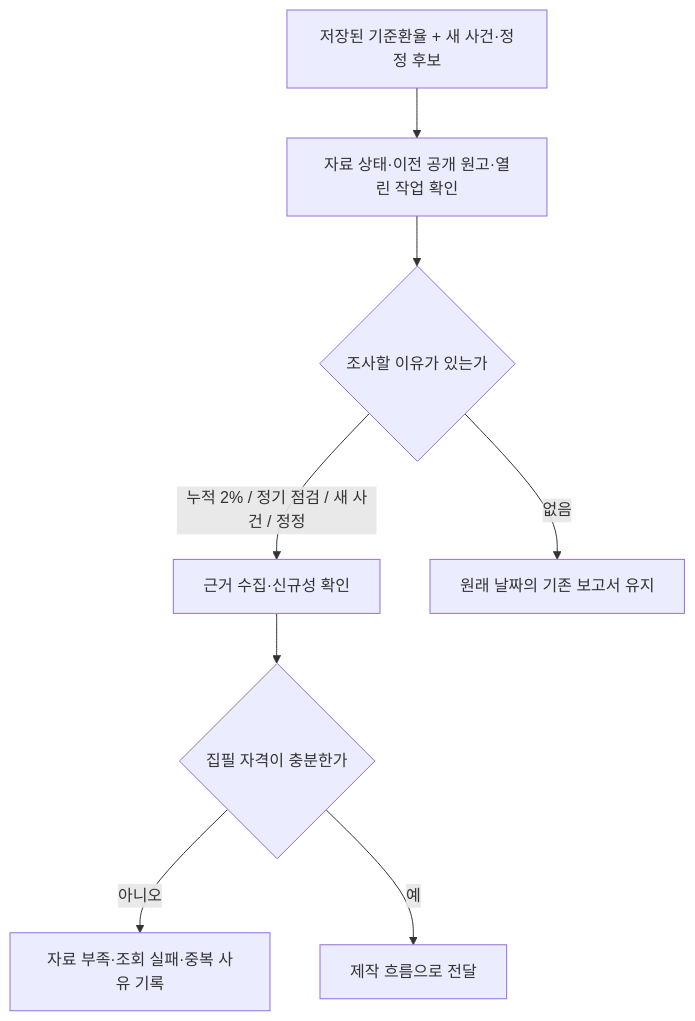
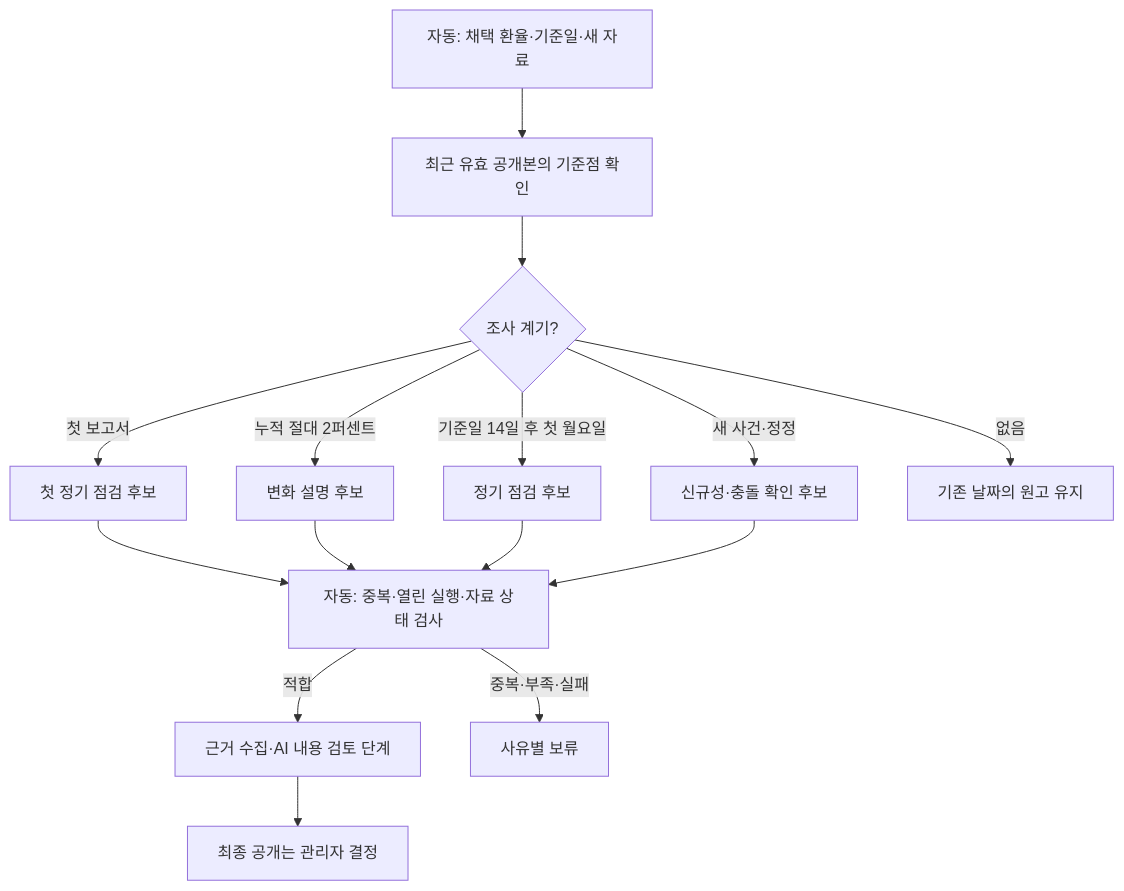
Before and after one commit to erleri/congenial-octo-garbanzo: the fourth of 6 diagrams in docs/guide/architecture.md, drawn with Mermaid. The commit also changed other lines of this file and 78 other files, not shown here.

````diff
--- a/docs/guide/architecture.md
+++ b/docs/guide/architecture.md
@@ -26,10 +93,22 @@
 ```mermaid
 flowchart TD
-  R[저장된 기준환율 + 새 사건·정정 후보] --> Q[자료 상태·이전 공개 원고·열린 작업 확인]
-  Q --> T{조사할 이유가 있는가}
-  T -->|누적 2% / 정기 점검 / 새 사건 / 정정| E[근거 수집·신규성 확인]
-  T -->|없음| K[원래 날짜의 기존 보고서 유지]
-  E --> G{집필 자격이 충분한가}
-  G -->|아니오| H[자료 부족·조회 실패·중복 사유 기록]
-  G -->|예| W[제작 흐름으로 전달]
+  INPUT[자동: 채택 환율·기준일·새 자료] --> BASE[최근 유효 공개본의 기준점 확인]
+  BASE --> REASON{조사 계기?}
+  REASON -->|첫 보고서| FIRST[첫 정기 점검 후보]
+  REASON -->|누적 절대 2퍼센트| MOVE[변화 설명 후보]
+  REASON -->|기준일 14일 후 첫 월요일| PERIOD[정기 점검 후보]
+  REASON -->|새 사건·정정| EVENT[신규성·충돌 확인 후보]
+  REASON -->|없음| KEEP[기존 날짜의 원고 유지]
+  FIRST --> DUP[자동: 중복·열린 실행·자료 상태 검사]
+  MOVE --> DUP
+  PERIOD --> DUP
+  EVENT --> DUP
+  DUP -->|적합| RESEARCH[근거 수집·AI 내용 검토 단계]
+  DUP -->|중복·부족·실패| HOLD[사유별 보류]
+  RESEARCH --> HUMAN[최종 공개는 관리자 결정]
+  classDef normal fill:#edf4f8,stroke:#25465d,color:#162f43;
+  classDef decision fill:#fff4d6,stroke:#8a6416,color:#42330e;
+  classDef human fill:#e5f3ee,stroke:#19745f,color:#104b3e;
+  classDef hold fill:#fceceb,stroke:#a64e45,color:#71302a;
+
 ```
````
